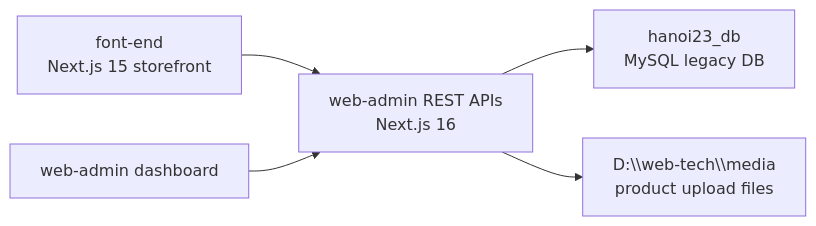
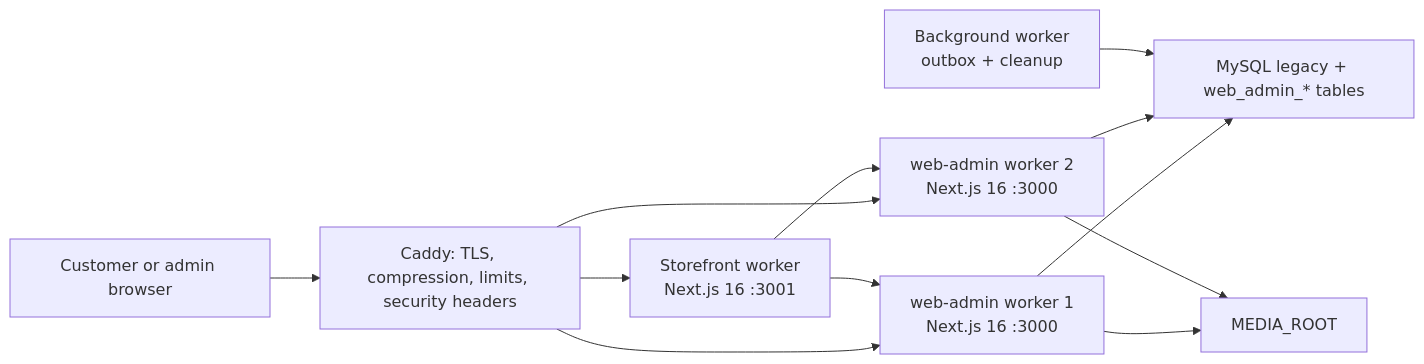
The first of 3 diagrams in ARCHITECTURE.md (tranducnam11061996/web-tech), drawn with Mermaid before and after one commit. The commit also changed other lines of this file and 168 other files, not shown here.

Commit message:
feat: complete storefront and admin hardening

````diff
--- a/ARCHITECTURE.md
+++ b/ARCHITECTURE.md
@@ -7,7 +7,14 @@
 ```mermaid
 flowchart LR
-  FE["font-end\nNext.js 15 storefront"] --> API["web-admin REST APIs\nNext.js 16"]
-  ADMIN["web-admin dashboard"] --> API
-  API --> DB["hanoi23_db\nMySQL legacy DB"]
-  API --> MEDIA["D:\\web-tech\\media\nproduct upload files"]
+  Browser["Customer or admin browser"] --> Caddy["Caddy: TLS, compression, limits, security headers"]
+  Caddy --> Store["Storefront worker\nNext.js 16 :3001"]
+  Caddy --> API1["web-admin worker 1\nNext.js 16 :3000"]
+  Caddy --> API2["web-admin worker 2\nNext.js 16 :3000"]
+  Store --> API1
+  Store --> API2
+  API1 --> MySQL["MySQL legacy + web_admin_* tables"]
+  API2 --> MySQL
+  Worker["Background worker\noutbox + cleanup"] --> MySQL
+  API1 --> Media["MEDIA_ROOT"]
+  API2 --> Media
 ```
````
